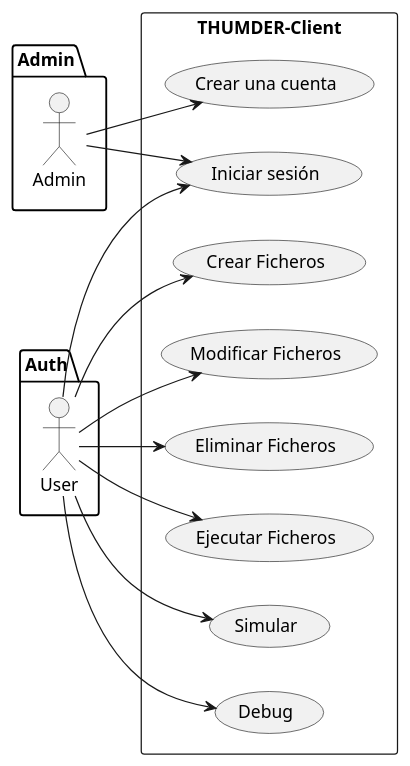
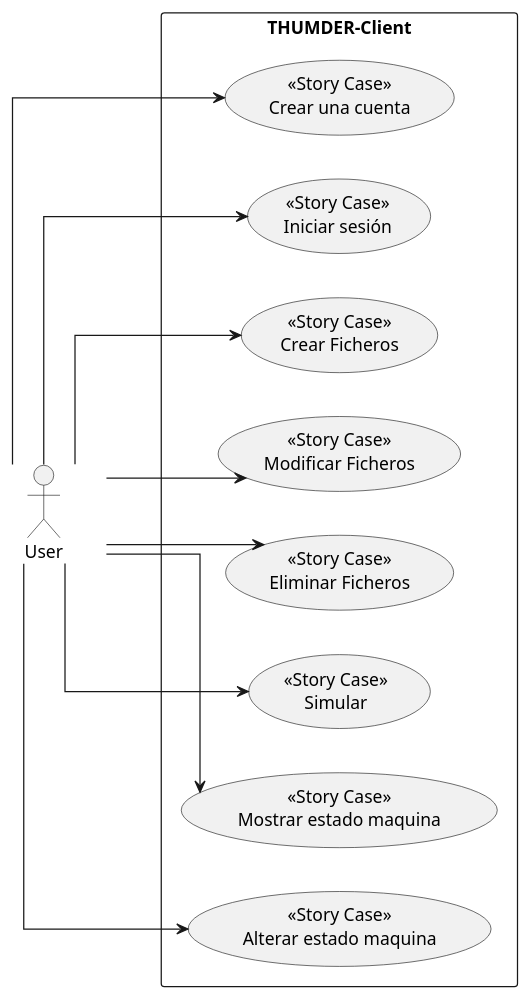
Before and after one commit to nonodev96/THUMDER: the diagram in UML/_0.1.StoryCase.puml, drawn with PlantUML. The commit also changed 33 other files, not shown here.

Commit message:
Add firebase auth in server with email and password, google oauth and github oauth, in project electron only email and password, modify UML

```diff
--- a/UML/_0.1.StoryCase.puml
+++ b/UML/_0.1.StoryCase.puml
@@ -1,33 +1,48 @@
 @startuml
+'https://plantuml.com/es/use-case-diagram
 '!theme amiga from https://raw.githubusercontent.com/plantuml/plantuml/master/themes
+skinparam defaultFontName consolas
+skinparam minClassWidth 100
+skinparam conditionStyle inside
+skinparam defaultTextAlignment center
+skinparam linetype polyline
+skinparam linetype ortho
 
 left to right direction
 
-package Admin {
-  actor "Admin" as admin
+actor "User" as user
+rectangle THUMDER-Client {
+  usecase "<<Story Case>>\nCrear una cuenta" as C_UC1
+  usecase "<<Story Case>>\nIniciar sesión" as C_UC2
+  usecase "<<Story Case>>\nCrear Ficheros" as C_UC3
+  usecase "<<Story Case>>\nModificar Ficheros" as C_UC4
+  usecase "<<Story Case>>\nEliminar Ficheros" as C_UC5
+'  usecase "<<Story Case>>\nEjecutar Ficheros" as C_UC6
+  usecase "<<Story Case>>\nSimular" as C_UC7
+'  usecase "<<Story Case>>\nDebug" as C_UC8
+  usecase "<<Story Case>>\nMostrar estado maquina" as C_UC9
+  usecase "<<Story Case>>\nAlterar estado maquina" as C_UC10
 }
+/'
+rectangle THUMDER-Server {
+  usecase "Recibir" as S_UC00
+  usecase "Analizar" as S_UC01
+  usecase "Simular" as S_UC02
+  usecase "Responder" as S_UC03
+}
+'/
 
-package Auth {
-  actor "User" as user
-}
+'admin --> UC01
+'admin --> UC02
+user --> C_UC1
+user --> C_UC2
+user --> C_UC3
+user --> C_UC4
+user --> C_UC5
+'user --> C_UC6
+user --> C_UC7
+'user --> C_UC8
+user --> C_UC9
+user --> C_UC10
 
-rectangle THUMDER-Client {
-  usecase "Crear una cuenta" as UC01
-  usecase "Iniciar sesión" as UC02
-  usecase "Crear Ficheros" as UC1
-  usecase "Modificar Ficheros" as UC2
-  usecase "Eliminar Ficheros" as UC3
-  usecase "Ejecutar Ficheros" as UC4
-  usecase "Simular" as UC5
-  usecase "Debug" as UC6
-}
-admin --> UC01
-admin --> UC02
-user --> UC02
-user --> UC1
-user --> UC2
-user --> UC3
-user --> UC4
-user --> UC5
-user --> UC6
 @enduml
```
